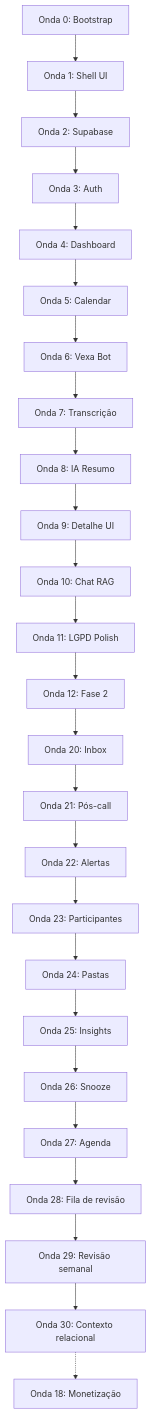
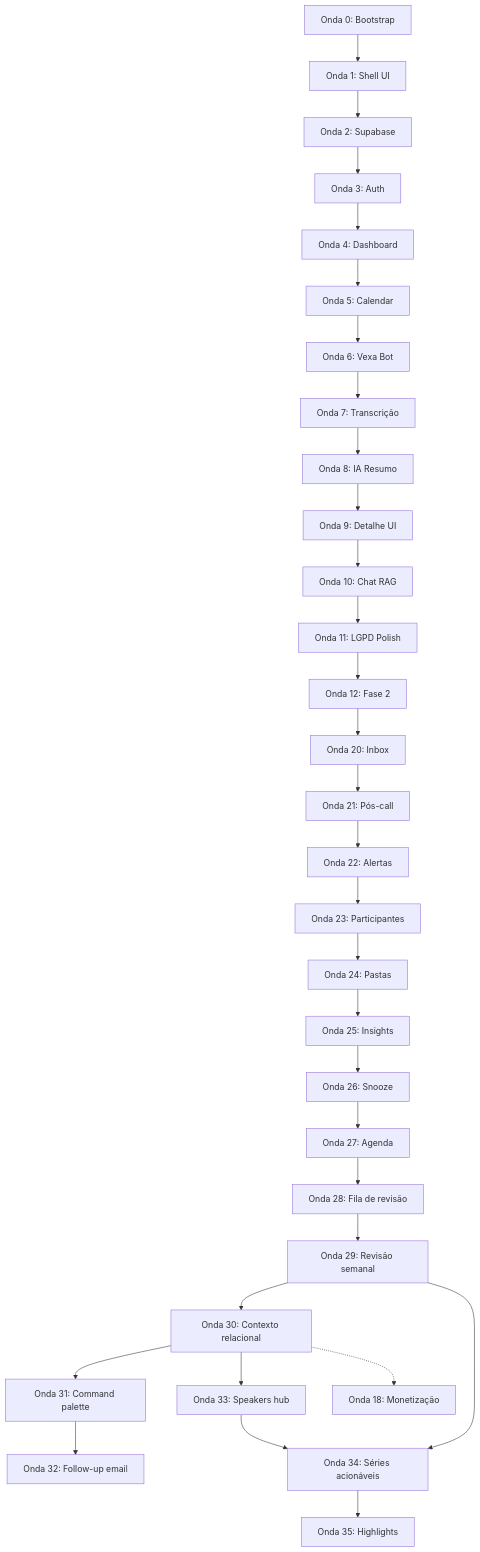
Before and after one commit to solerpedroo/reuniai: the first of 3 diagrams in implementation-plan.md, drawn with Mermaid. The commit also changed other lines of this file, not shown here.

````diff
--- a/implementation-plan.md
+++ b/implementation-plan.md
@@ -92,27 +102,33 @@
 ```mermaid
 flowchart TD
     O0[Onda 0: Bootstrap] --> O1[Onda 1: Shell UI]
     O1 --> O2[Onda 2: Supabase]
     O2 --> O3[Onda 3: Auth]
     O3 --> O4[Onda 4: Dashboard]
     O4 --> O5[Onda 5: Calendar]
     O5 --> O6[Onda 6: Vexa Bot]
     O6 --> O7[Onda 7: Transcrição]
     O7 --> O8[Onda 8: IA Resumo]
     O8 --> O9[Onda 9: Detalhe UI]
     O9 --> O10[Onda 10: Chat RAG]
     O10 --> O11[Onda 11: LGPD Polish]
     O11 --> O12[Onda 12: Fase 2]
     O12 --> O20[Onda 20: Inbox]
     O20 --> O21[Onda 21: Pós-call]
     O21 --> O22[Onda 22: Alertas]
     O22 --> O23[Onda 23: Participantes]
     O23 --> O24[Onda 24: Pastas]
     O24 --> O25[Onda 25: Insights]
     O25 --> O26[Onda 26: Snooze]
     O26 --> O27[Onda 27: Agenda]
     O27 --> O28[Onda 28: Fila de revisão]
     O28 --> O29[Onda 29: Revisão semanal]
     O29 --> O30[Onda 30: Contexto relacional]
+    O30 --> O31[Onda 31: Command palette]
+    O31 --> O32[Onda 32: Follow-up email]
+    O30 --> O33[Onda 33: Speakers hub]
+    O29 --> O34[Onda 34: Séries acionáveis]
+    O33 --> O34
+    O34 --> O35[Onda 35: Highlights]
     O30 -.-> O18[Onda 18: Monetização]
 ```
````
